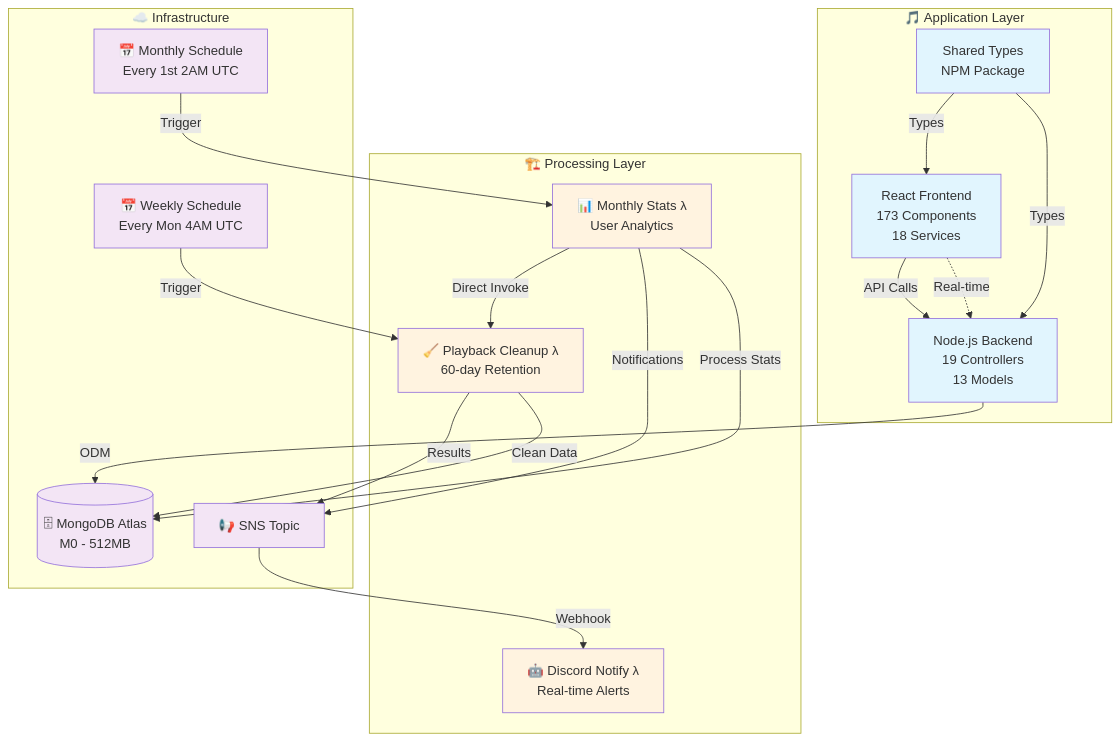
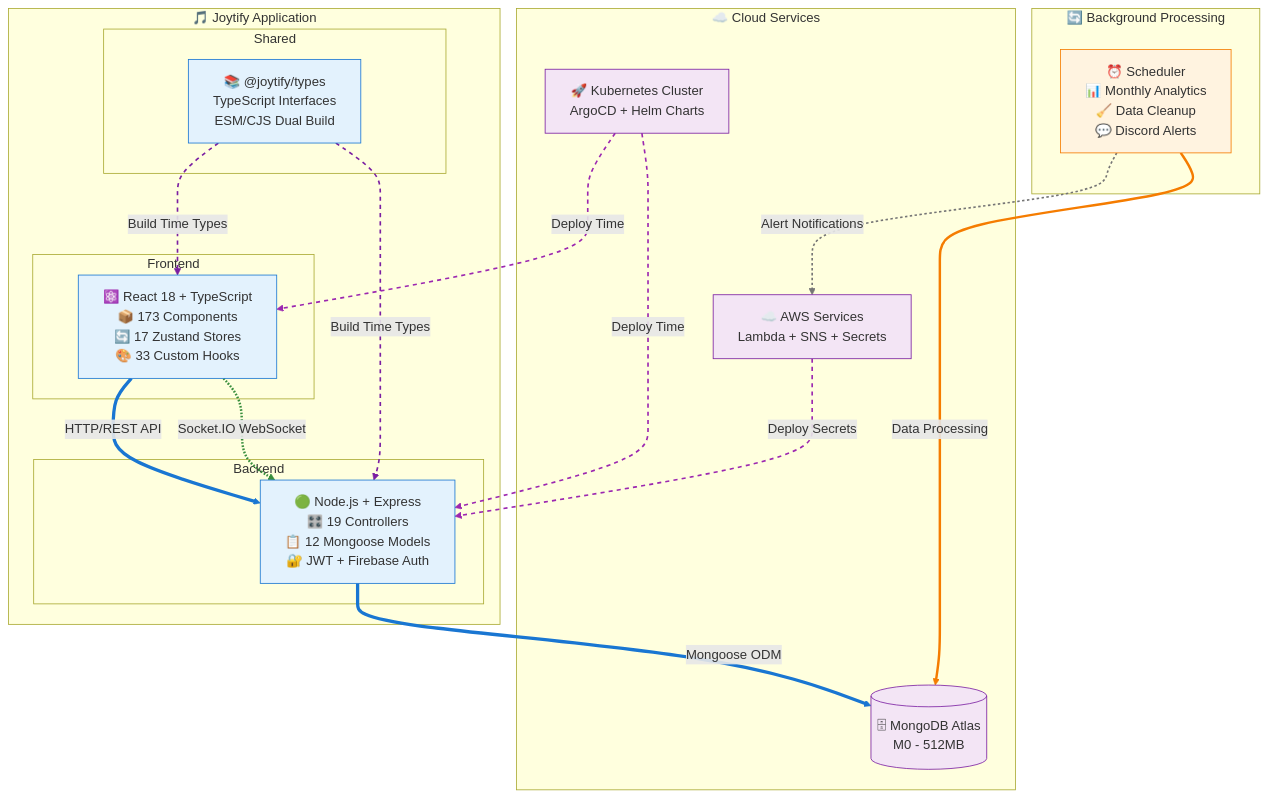
The first of 2 diagrams in README.md (JIAN11442/joytify-app), drawn with Mermaid before and after one commit. The commit also changed other lines of this file, not shown here.

First line of the commit message:
docs: enhance README for Joytify project

````diff
--- a/README.md
+++ b/README.md
@@ -128,48 +246,68 @@
 ```mermaid
 graph TB
-    subgraph "🎵 Application Layer"
-        FE[React Frontend<br/>173 Components<br/>18 Services]
-        BE[Node.js Backend<br/>19 Controllers<br/>13 Models]
-        ST[Shared Types<br/>NPM Package]
+    subgraph "🎵 Joytify Application"
+        subgraph "Frontend"
+            FE[⚛️ React 18 + TypeScript<br/>📦 173 Components<br/>🔄 17 Zustand Stores<br/>🎨 33 Custom Hooks]
+        end
+
+        subgraph "Backend"
+            BE[🟢 Node.js + Express<br/>🎛️ 19 Controllers<br/>📋 12 Mongoose Models<br/>🔐 JWT + Firebase Auth]
+        end
+
+        subgraph "Shared"
+            ST[📚 @joytify/types<br/>TypeScript Interfaces<br/>ESM/CJS Dual Build]
+        end
     end
 
-    subgraph "🏗️ Processing Layer"
-        ML[📊 Monthly Stats λ<br/>User Analytics]
-        CL[🧹 Playback Cleanup λ<br/>60-day Retention]
-        DL[🤖 Discord Notify λ<br/>Real-time Alerts]
-    end
-
-    subgraph "☁️ Infrastructure"
-        CW1[📅 Monthly Schedule<br/>Every 1st 2AM UTC]
-        CW2[📅 Weekly Schedule<br/>Every Mon 4AM UTC]
-        SNS[📢 SNS Topic]
+    subgraph "☁️ Cloud Services"
+        K8S[🚀 Kubernetes Cluster<br/>ArgoCD + Helm Charts]
+        AWS[☁️ AWS Services<br/>Lambda + SNS + Secrets]
         DB[(🗄 MongoDB Atlas<br/>M0 - 512MB)]
     end
 
-    %% Application Layer
-    FE -->|API Calls| BE
-    FE -.->|Real-time| BE
-    BE -->|ODM| DB
-    ST -->|Types| FE
-    ST -->|Types| BE
+    subgraph "🔄 Background Processing"
+        SCHEDULER[⏰ Scheduler<br/>📊 Monthly Analytics<br/>🧹 Data Cleanup<br/>💬 Discord Alerts]
+    end
 
-    %% Infrastructure to Processing
-    CW1 -->|Trigger| ML
-    CW2 -->|Trigger| CL
-    ML -->|Direct Invoke| CL
-    ML -->|Notifications| SNS
-    CL -->|Results| SNS
-    SNS -->|Webhook| DL
+    %% Runtime Data Flow (實線 - 運行時數據流)
+    FE ==>|HTTP/REST API| BE
+    BE ==>|Mongoose ODM| DB
+    FE -.->|Socket.IO WebSocket| BE
+    SCHEDULER -->|Data Processing| DB
 
-    %% Data flows
-    ML -->|Process Stats| DB
-    CL -->|Clean Data| DB
+    %% Build/Deploy Time (虛線 - 構建/部署時)
+    ST -.->|Build Time Types| FE
+    ST -.->|Build Time Types| BE
+    K8S -.->|Deploy Time| FE
+    K8S -.->|Deploy Time| BE
+    AWS -.->|Deploy Secrets| BE
+    SCHEDULER -.->|Alert Notifications| AWS
 
-    classDef app fill:#e1f5fe
-    classDef lambda fill:#fff3e0
-    classDef infra fill:#f3e5f5
+    %% Styling
+    classDef app fill:#e3f2fd,stroke:#1976d2
+    classDef cloud fill:#f3e5f5,stroke:#7b1fa2
+    classDef processing fill:#fff3e0,stroke:#f57c00
 
     class FE,BE,ST app
-    class ML,CL,DL lambda
-    class CW1,CW2,SNS,DB infra
+    class K8S,AWS,DB cloud
+    class SCHEDULER processing
+
+    %% Line colors and styles
+    %% Primary Runtime Flow (Blue - Thick Solid)
+    linkStyle 0 stroke:#1976d2,stroke-width:4px
+    linkStyle 1 stroke:#1976d2,stroke-width:4px
+
+    %% Real-time Communication (Green - Medium Solid)
+    linkStyle 2 stroke:#388e3c,stroke-width:3px
+
+    %% Background Processing (Orange - Medium Solid)
+    linkStyle 3 stroke:#f57c00,stroke-width:3px
+
+    %% Build/Deploy Dependencies (Purple - Dashed)
+    linkStyle 4 stroke:#7b1fa2,stroke-width:2px,stroke-dasharray: 5 5
+    linkStyle 5 stroke:#7b1fa2,stroke-width:2px,stroke-dasharray: 5 5
+    linkStyle 6 stroke:#9c27b0,stroke-width:2px,stroke-dasharray: 5 5
+    linkStyle 7 stroke:#9c27b0,stroke-width:2px,stroke-dasharray: 5 5
+    linkStyle 8 stroke:#9c27b0,stroke-width:2px,stroke-dasharray: 5 5
+    linkStyle 9 stroke:#757575,stroke-width:2px,stroke-dasharray: 3 3
 ```
````
